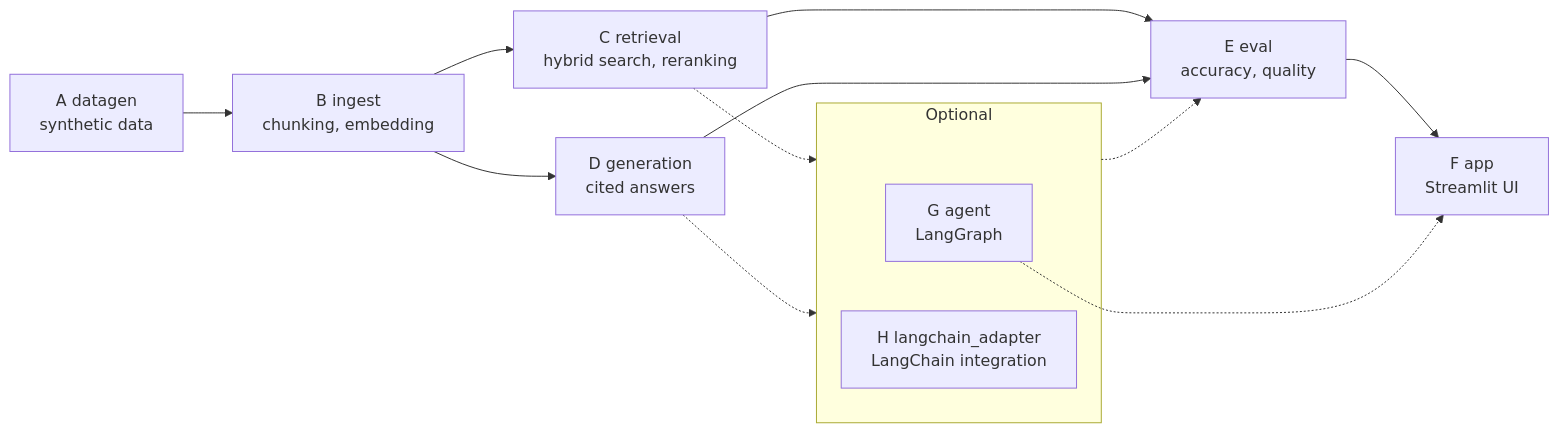
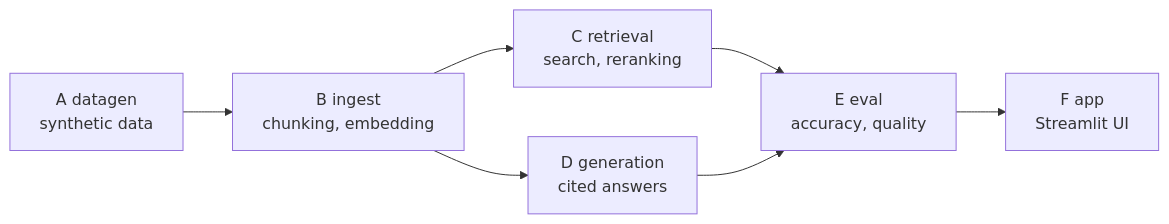
The first of 3 diagrams in README_en.md (satoshi-abe-dev/silo-rag), drawn with Mermaid before and after one commit. The commit also changed other lines of this file and 1 other file, not shown here.

First line of the commit message:
Split the architecture diagram: main flow, then the optional nodes

````diff
--- a/README_en.md
+++ b/README_en.md
@@ -159,17 +159,9 @@
 ```mermaid
 graph LR
     A["A datagen<br/>synthetic data"] --> B["B ingest<br/>chunking, embedding"]
-    B --> C["C retrieval<br/>hybrid search, reranking"]
+    B --> C["C retrieval<br/>search, reranking"]
     B --> D["D generation<br/>cited answers"]
     C --> E["E eval<br/>accuracy, quality"]
     D --> E
     E --> F["F app<br/>Streamlit UI"]
-    subgraph opt["Optional"]
-        G["G agent<br/>LangGraph"]
-        H["H langchain_adapter<br/>LangChain integration"]
-    end
-    C -.-> opt
-    D -.-> opt
-    opt -.-> E
-    G -.-> F
 ```
````
